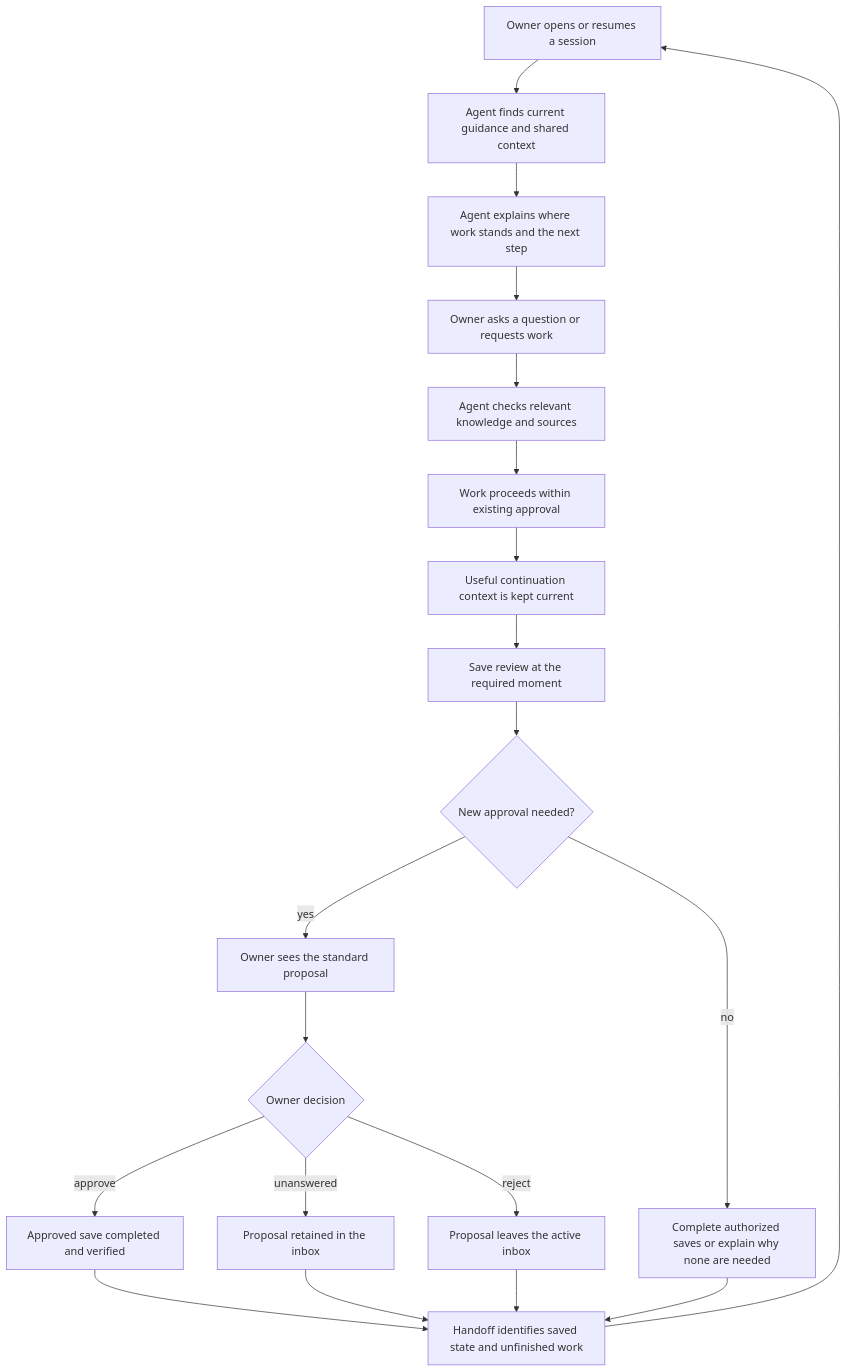
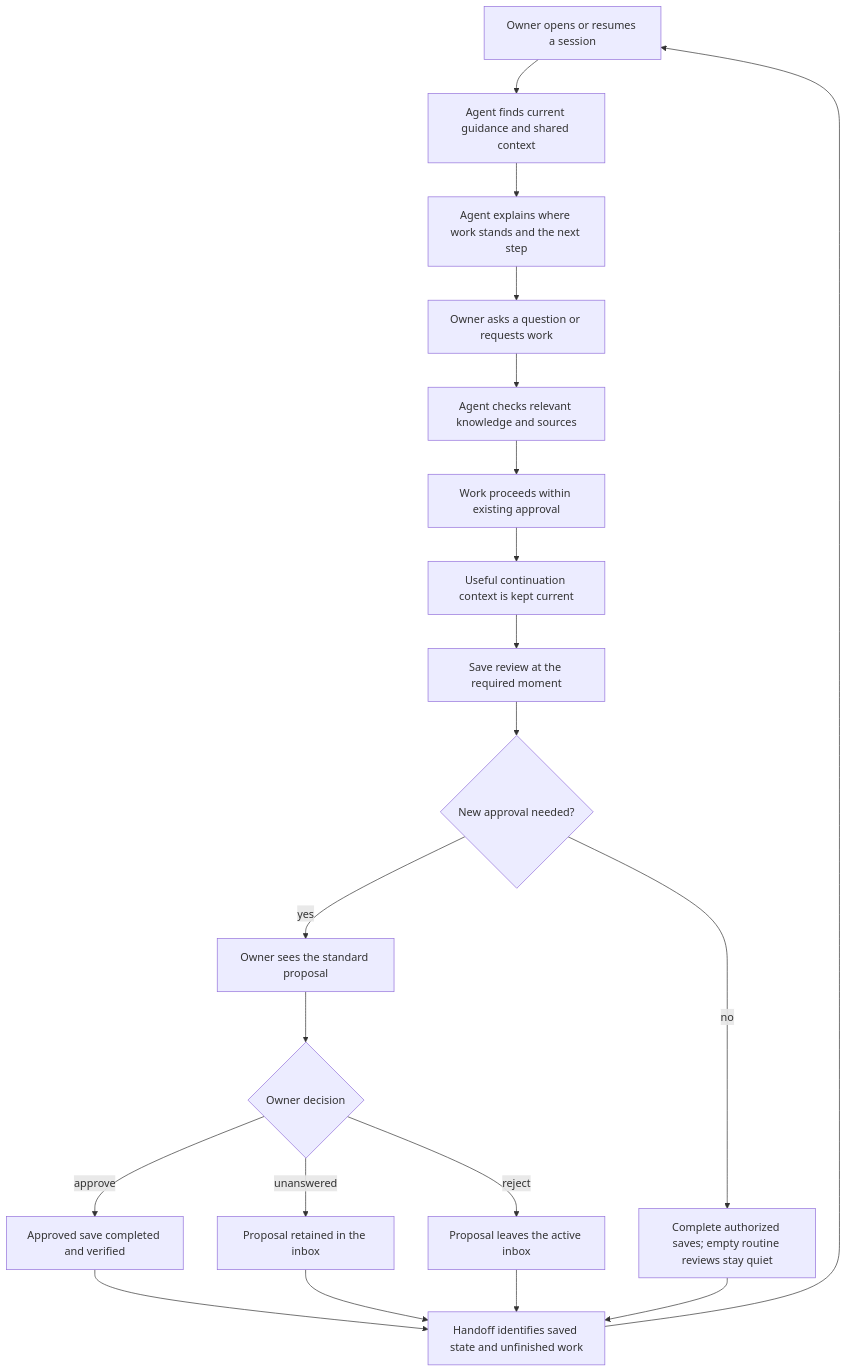
One commit to Mar5929/claude-toolkit changed the diagram in knowledge/prds/knowledge-system.md. Above: the diagram before and after it, drawn with Mermaid. The commit also changed other lines of this file, not shown here.

````diff
--- a/knowledge/prds/knowledge-system.md
+++ b/knowledge/prds/knowledge-system.md
@@ -184,22 +184,22 @@
 ```mermaid
 flowchart TD
     A[Owner opens or resumes a session] --> B[Agent finds current guidance and shared context]
     B --> C[Agent explains where work stands and the next step]
     C --> D[Owner asks a question or requests work]
     D --> E[Agent checks relevant knowledge and sources]
     E --> F[Work proceeds within existing approval]
     F --> G[Useful continuation context is kept current]
     G --> H[Save review at the required moment]
     H --> I{New approval needed?}
     I -- yes --> J[Owner sees the standard proposal]
     J --> K{Owner decision}
     K -- approve --> L[Approved save completed and verified]
     K -- unanswered --> M[Proposal retained in the inbox]
     K -- reject --> N[Proposal leaves the active inbox]
-    I -- no --> O[Complete authorized saves or explain why none are needed]
+    I -- no --> O[Complete authorized saves; empty routine reviews stay quiet]
     L --> P[Handoff identifies saved state and unfinished work]
     M --> P
     N --> P
     O --> P
     P --> A
 ```
````
